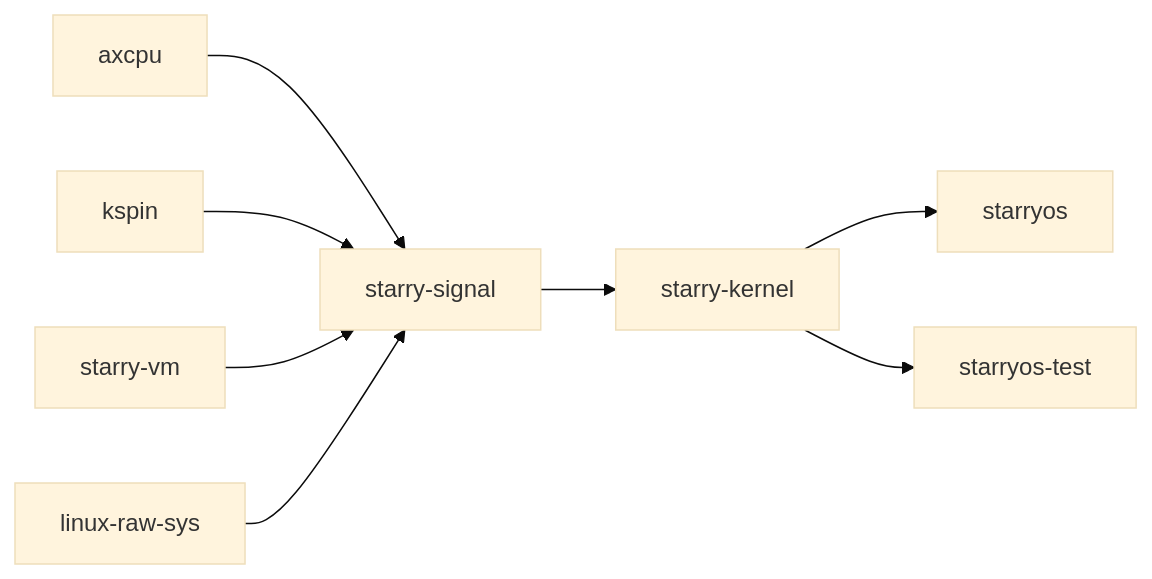
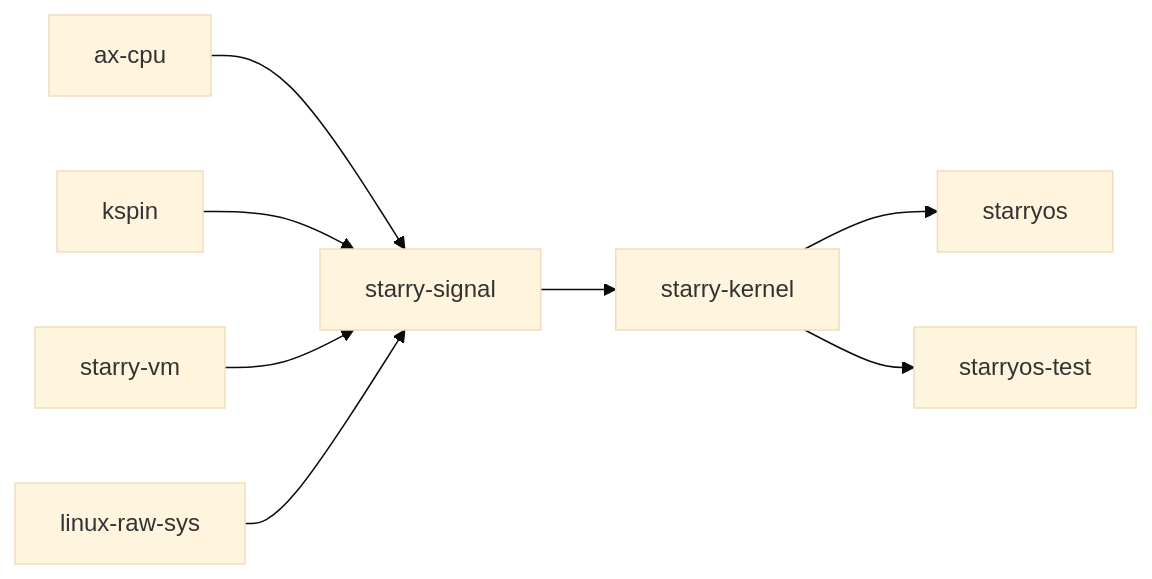
Before and after one commit to rcore-os/tgoskits: the second of 2 diagrams in docs/crates/starry-signal.md, drawn with Mermaid (base theme). The commit also changed other lines of this file and 106 other files, not shown here.

Commit message:
rename axcpu to ax-cpu

````diff
--- a/docs/crates/starry-signal.md
+++ b/docs/crates/starry-signal.md
@@ -126,11 +126,11 @@
 ```mermaid
 graph LR
-    axcpu["axcpu"] --> sig["starry-signal"]
+    ax-cpu["ax-cpu"] --> sig["starry-signal"]
     kspin["kspin"] --> sig
     vm["starry-vm"] --> sig
     linux["linux-raw-sys"] --> sig
 
     sig --> starry["starry-kernel"]
     starry --> starryos["starryos"]
     starry --> starrytest["starryos-test"]
 ```
````
